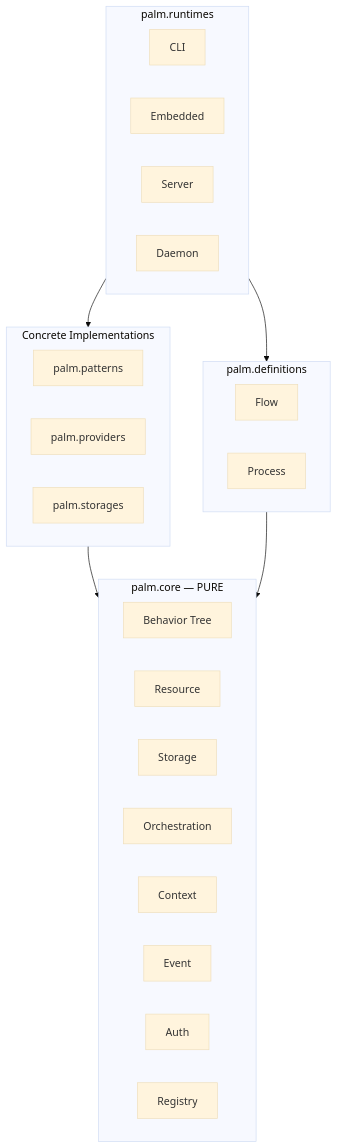
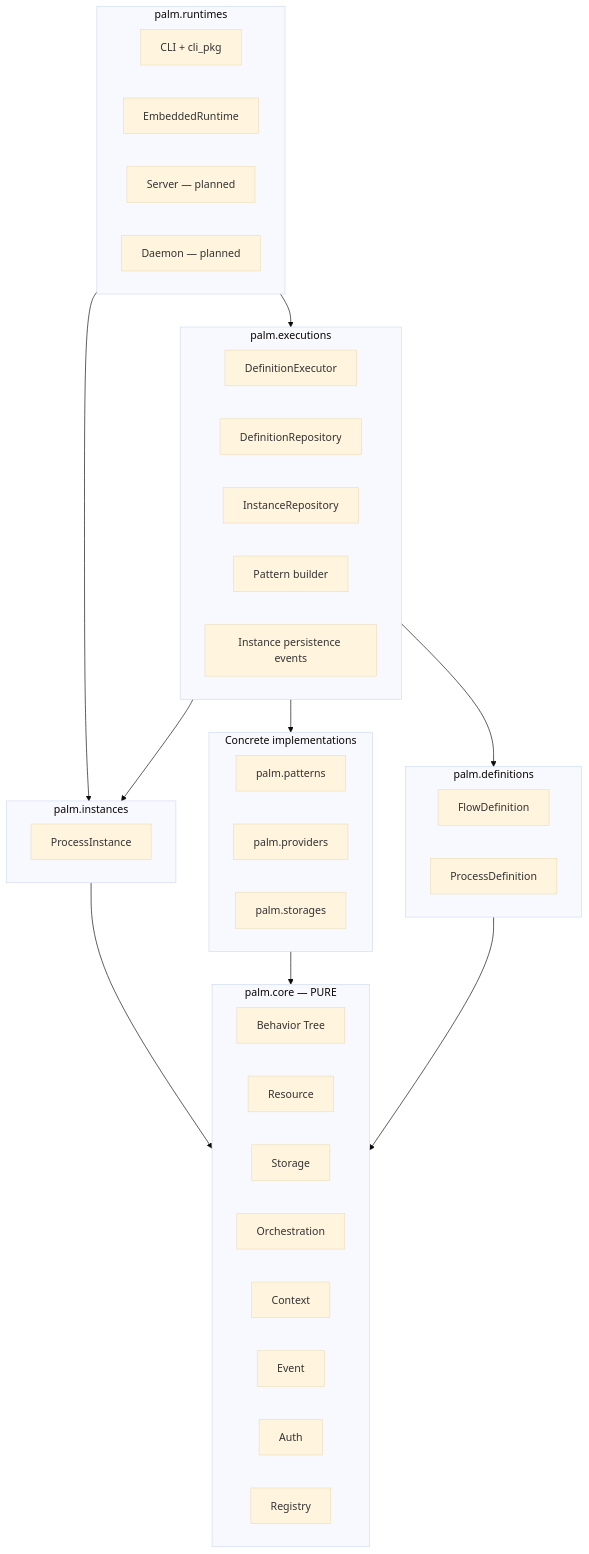
One commit to JGabrielGruber/palmengine changed the diagram in ARCHITECTURE.md. Above: the diagram before and after it, drawn with Mermaid (base theme). The commit also changed other lines of this file and 11 other files, not shown here.

````diff
--- a/ARCHITECTURE.md
+++ b/ARCHITECTURE.md
@@ -9,36 +11,52 @@
 ```mermaid
 flowchart TB
     subgraph Runtimes["palm.runtimes"]
-        cli[CLI]
-        embedded[Embedded]
-        server[Server]
-        daemon[Daemon]
+        cli[CLI + cli_pkg]
+        embedded[EmbeddedRuntime]
+        server[Server — planned]
+        daemon[Daemon — planned]
+    end
+
+    subgraph Executions["palm.executions"]
+        exec[DefinitionExecutor]
+        repo[DefinitionRepository]
+        inst_repo[InstanceRepository]
+        builder[Pattern builder]
+        events[Instance persistence events]
+    end
+
+    subgraph Instances["palm.instances"]
+        pi[ProcessInstance]
     end
 
     subgraph Definitions["palm.definitions"]
-        flow[Flow]
-        process[Process]
+        flow[FlowDefinition]
+        process[ProcessDefinition]
     end
 
-    subgraph Concretes["Concrete Implementations"]
+    subgraph Concretes["Concrete implementations"]
         patterns[palm.patterns]
         providers[palm.providers]
         storages[palm.storages]
     end
 
     subgraph Core["palm.core — PURE"]
         bt[Behavior Tree]
         res[Resource]
         sto[Storage]
         orch[Orchestration]
         ctx[Context]
         evt[Event]
         auth[Auth]
         reg[Registry]
     end
 
-    Runtimes --> Definitions
-    Runtimes --> Concretes
+    Runtimes --> Executions
+    Runtimes --> Instances
+    Executions --> Definitions
+    Executions --> Concretes
+    Executions --> Instances
+    Instances --> Core
     Concretes --> Core
     Definitions --> Core
 ```
````
